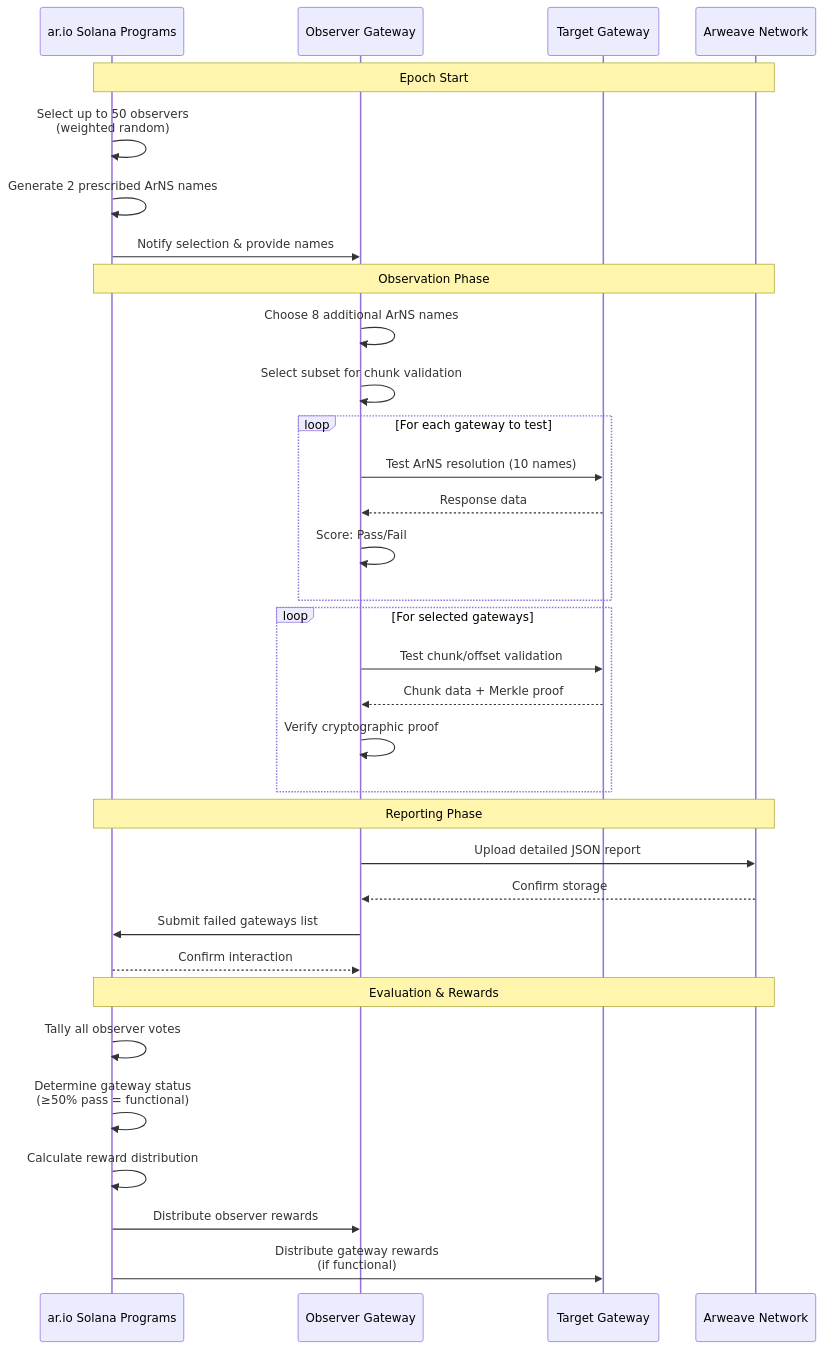
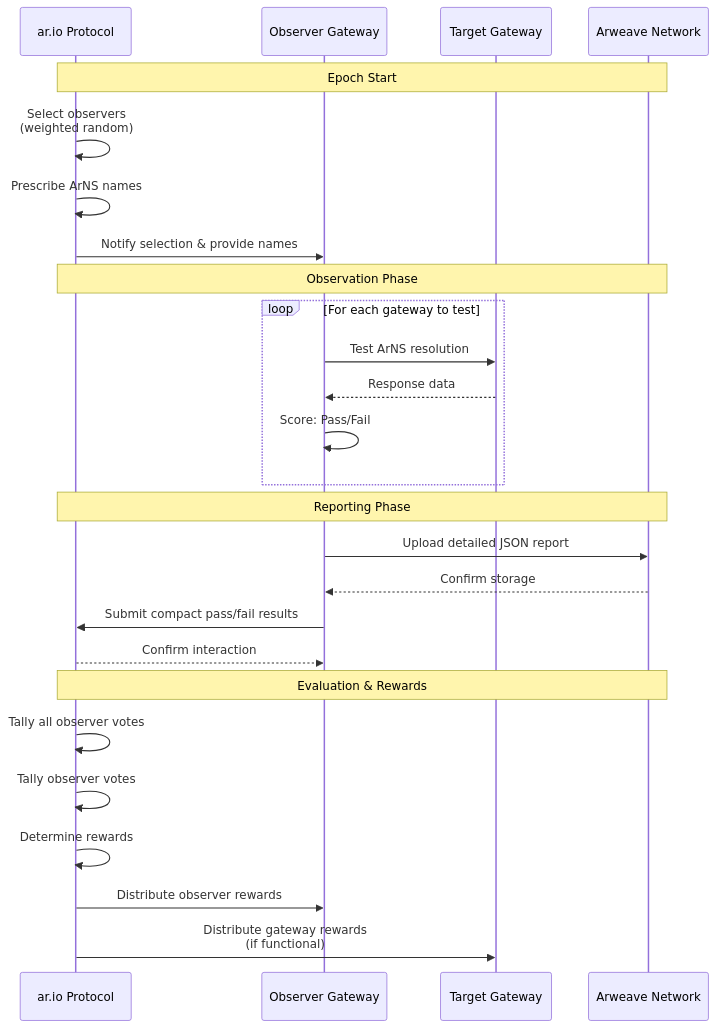
Before and after one commit to ar-io/docs: the diagram in content/learn/oip/index.mdx, drawn with Mermaid. The commit also changed other lines of this file and 32 other files, not shown here.

````diff
--- a/content/learn/oip/index.mdx
+++ b/content/learn/oip/index.mdx
@@ -19,39 +19,31 @@
 ```mermaid
 sequenceDiagram
-    participant SC as ar.io Solana Programs
+    participant SC as ar.io Protocol
     participant OBS as Observer Gateway
     participant GW as Target Gateway
     participant AR as Arweave Network
 
     Note over SC,AR: Epoch Start
-    SC->>SC: Select up to 50 observers<br/>(weighted random)
-    SC->>SC: Generate 2 prescribed ArNS names
+    SC->>SC: Select observers<br/>(weighted random)
+    SC->>SC: Prescribe ArNS names
     SC->>OBS: Notify selection & provide names
 
     Note over SC,AR: Observation Phase
-    OBS->>OBS: Choose 8 additional ArNS names
-    OBS->>OBS: Select subset for chunk validation
     loop For each gateway to test
-        OBS->>GW: Test ArNS resolution (10 names)
+        OBS->>GW: Test ArNS resolution
         GW-->>OBS: Response data
         OBS->>OBS: Score: Pass/Fail
     end
-    loop For selected gateways
-        OBS->>GW: Test chunk/offset validation
-        GW-->>OBS: Chunk data + Merkle proof
-        OBS->>OBS: Verify cryptographic proof
-    end
-
     Note over SC,AR: Reporting Phase
     OBS->>AR: Upload detailed JSON report
     AR-->>OBS: Confirm storage
-    OBS->>SC: Submit failed gateways list
+    OBS->>SC: Submit compact pass/fail results
     SC-->>OBS: Confirm interaction
 
     Note over SC,AR: Evaluation & Rewards
     SC->>SC: Tally all observer votes
-    SC->>SC: Determine gateway status<br/>(≥50% pass = functional)
-    SC->>SC: Calculate reward distribution
+    SC->>SC: Tally observer votes
+    SC->>SC: Determine rewards
     SC->>OBS: Distribute observer rewards
     SC->>GW: Distribute gateway rewards<br/>(if functional)
 ```
````
